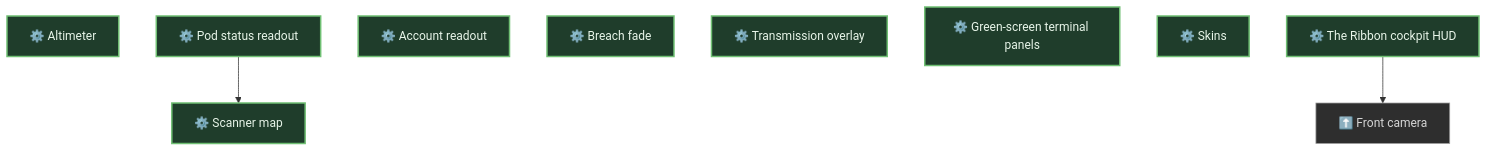
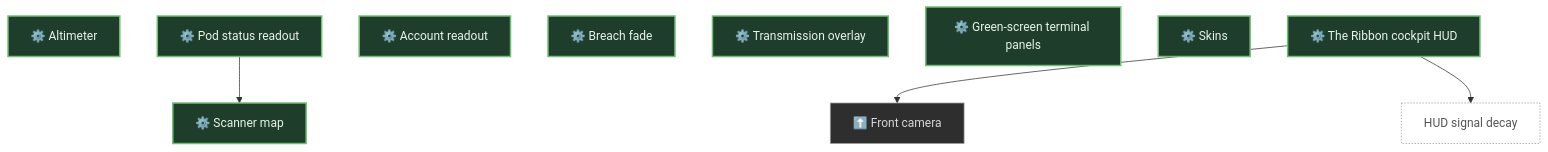
One commit to pkeppeler/deepcharter changed diagram 14 of 30 in docs/FEATURE-MAP.md. Above: the diagram before and after it, drawn with Mermaid. The commit also changed other lines of this file and 13 other files, not shown here.

Commit message:
Signal decay: bore-bot measurement, evidence scenarios, docs, feature map (#502)

````diff
--- a/docs/FEATURE-MAP.md
+++ b/docs/FEATURE-MAP.md
@@ -728,22 +726,25 @@
 ```mermaid
 flowchart TB
   n_altimeter["⚙️ Altimeter"]
   n_pod_status_hud["⚙️ Pod status readout"]
   n_account_hud["⚙️ Account readout"]
   n_scanner_hud["⚙️ Scanner map"]
   n_breach_fade["⚙️ Breach fade"]
   n_transmission_overlay["⚙️ Transmission overlay"]
   n_crt_terminals["⚙️ Green-screen terminal panels"]
   n_skins["⚙️ Skins"]
   n_ribbon_hud["⚙️ The Ribbon cockpit HUD"]
   n_front_camera["⬆️ Front camera"]
+  n_signal_decay["HUD signal decay"]
   n_pod_status_hud --> n_scanner_hud
   n_ribbon_hud --> n_front_camera
+  n_ribbon_hud --> n_signal_decay
   classDef built fill:#1f3d2b,stroke:#6fbf73,stroke-width:2px,color:#e8f5e9
   classDef progress fill:#4a3a10,stroke:#f0b429,stroke-width:2px,color:#fff3d6
   classDef planned fill:#2e2e2e,stroke:#9e9e9e,stroke-width:1px,color:#d6d6d6
   classDef idea fill:#1a1a1a,stroke:#757575,stroke-width:1px,stroke-dasharray:4 3,color:#a0a0a0
   classDef ext fill:#ffffff,stroke:#999999,stroke-width:1px,stroke-dasharray:2 2,color:#555555
   class n_altimeter,n_pod_status_hud,n_account_hud,n_scanner_hud,n_breach_fade,n_transmission_overlay,n_crt_terminals,n_skins,n_ribbon_hud built
   class n_front_camera planned
+  class n_signal_decay ext
 ```
````
